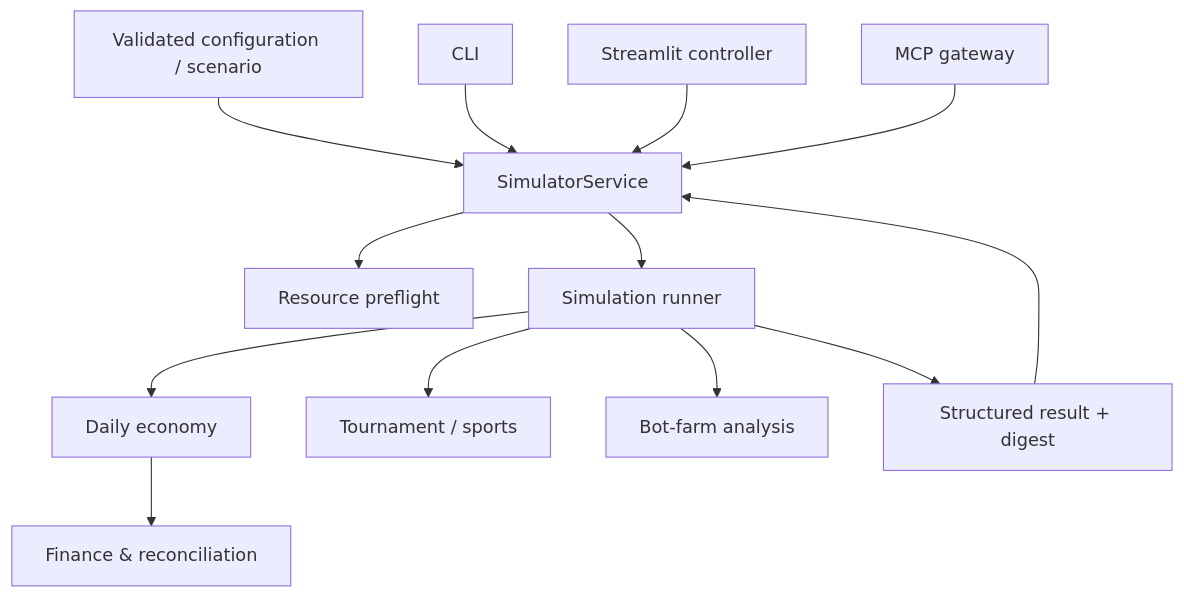
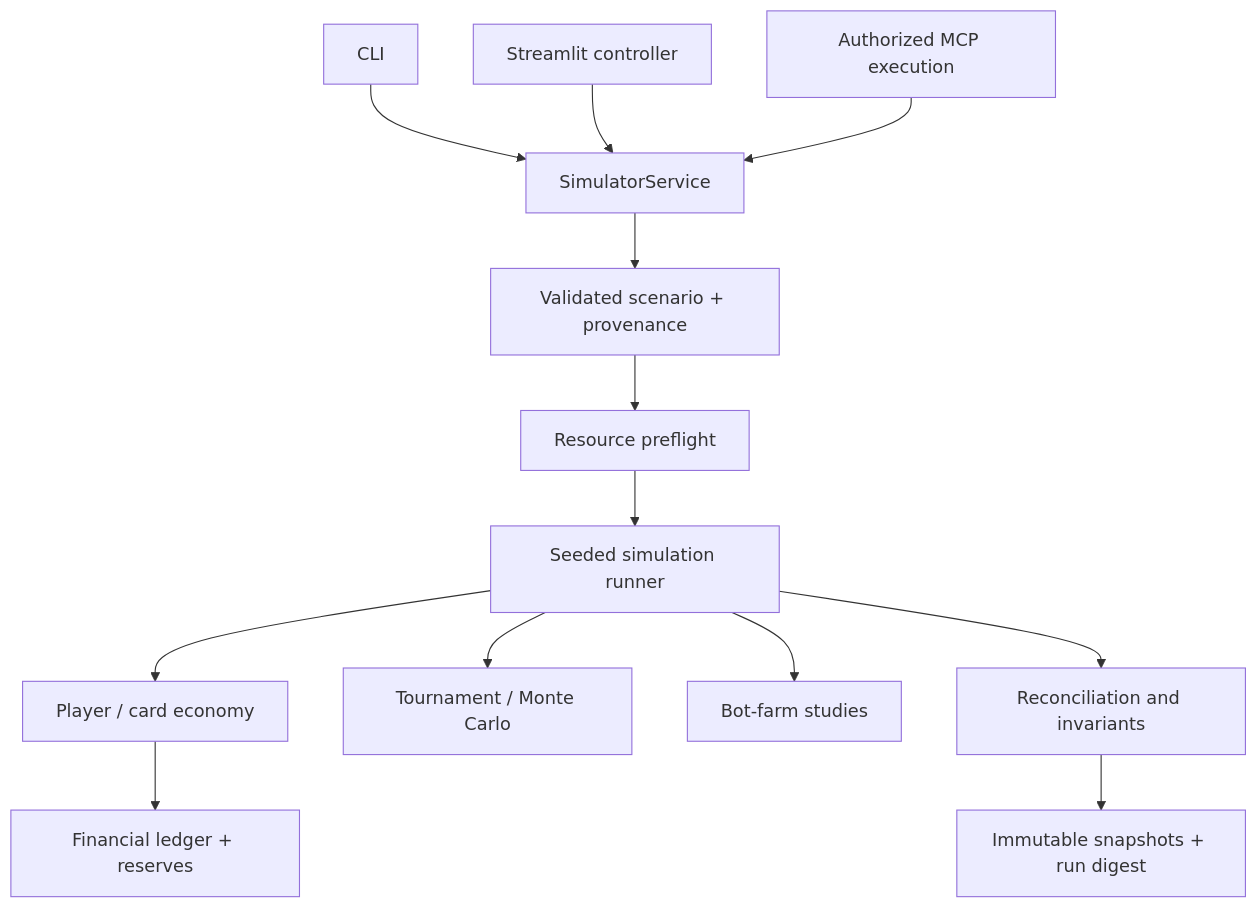
The diagram in docs/ENGINE.md (userifw/fightex-economic-simulation-architecture), drawn with Mermaid before and after one commit. The commit also changed other lines of this file, not shown here.

Commit message:
docs: align docs/ENGINE.md with version-isolated MCP architecture

````diff
--- a/docs/ENGINE.md
+++ b/docs/ENGINE.md
@@ -9,15 +7,15 @@
 ```mermaid
 flowchart TD
-  CONFIG["Validated configuration / scenario"] --> SERVICE["SimulatorService"]
-  CLI["CLI"] --> SERVICE
+  CLI["CLI"] --> SERVICE["SimulatorService"]
   DASH["Streamlit controller"] --> SERVICE
-  MCP["MCP gateway"] --> SERVICE
-  SERVICE --> LIMITS["Resource preflight"]
-  SERVICE --> RUNNER["Simulation runner"]
-  RUNNER --> ECON["Daily economy"]
-  RUNNER --> SPORTS["Tournament / sports"]
-  RUNNER --> FARM["Bot-farm analysis"]
-  ECON --> FIN["Finance & reconciliation"]
-  RUNNER --> RESULT["Structured result + digest"]
-  RESULT --> SERVICE
+  MCP["Authorized MCP execution"] --> SERVICE
+  SERVICE --> CFG["Validated scenario + provenance"]
+  CFG --> LIMITS["Resource preflight"]
+  LIMITS --> RUN["Seeded simulation runner"]
+  RUN --> ECON["Player / card economy"]
+  RUN --> SPORT["Tournament / Monte Carlo"]
+  RUN --> FARM["Bot-farm studies"]
+  ECON --> FIN["Financial ledger + reserves"]
+  RUN --> CHECKS["Reconciliation and invariants"]
+  CHECKS --> STORE["Immutable snapshots + run digest"]
 ```
````
